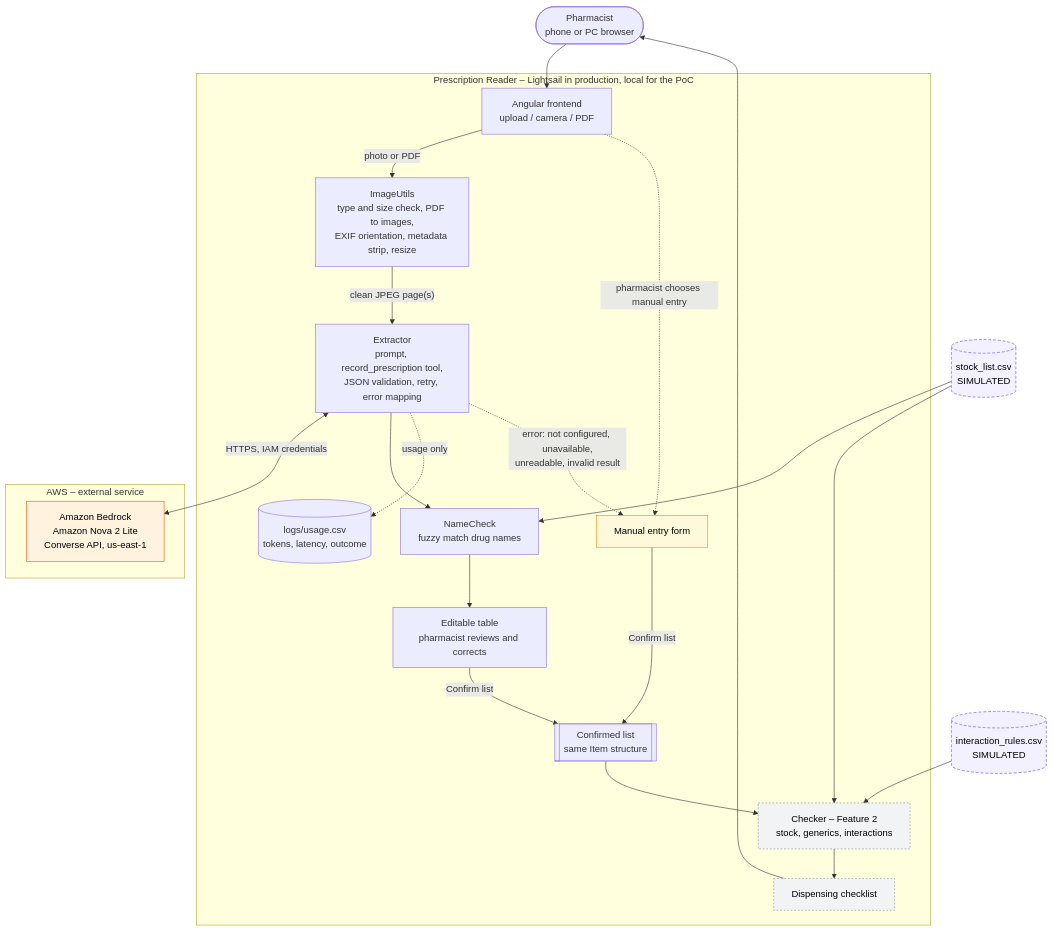
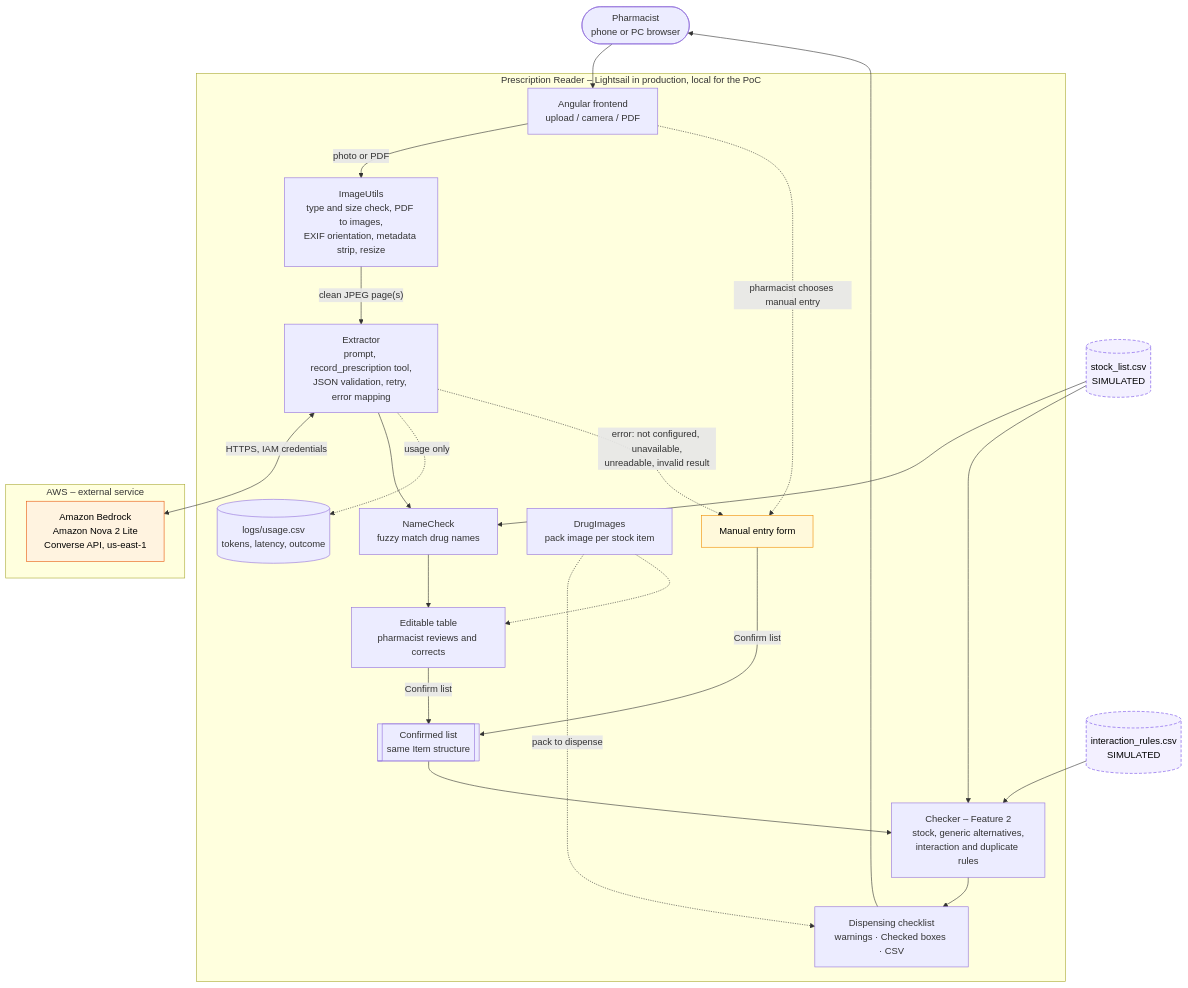
The diagram in docs/architecture.md (dasunprabodha/Pharma-Assist), drawn with Mermaid before and after one commit. The commit also changed other lines of this file and 11 other files, not shown here.

````diff
--- a/docs/architecture.md
+++ b/docs/architecture.md
@@ -17,51 +17,52 @@
 ```mermaid
 flowchart TD
     user(["Pharmacist<br/>phone or PC browser"])
 
     subgraph app["Prescription Reader – Lightsail in production, local for the PoC"]
         ui["Angular frontend<br/>upload / camera / PDF"]
         img["ImageUtils<br/>type and size check, PDF to images,<br/>EXIF orientation, metadata strip, resize"]
         ext["Extractor<br/>prompt, record_prescription tool,<br/>JSON validation, retry, error mapping"]
         names["NameCheck<br/>fuzzy match drug names"]
         table["Editable table<br/>pharmacist reviews and corrects"]
         manual["Manual entry form"]
         confirmed[["Confirmed list<br/>same Item structure"]]
-        checker["Checker – Feature 2<br/>stock, generics, interactions"]
-        checklist["Dispensing checklist"]
+        checker["Checker – Feature 2<br/>stock, generic alternatives,<br/>interaction and duplicate rules"]
+        checklist["Dispensing checklist<br/>warnings · Checked boxes · CSV"]
+        packs["DrugImages<br/>pack image per stock item"]
         logs[("logs/usage.csv<br/>tokens, latency, outcome")]
     end
 
     subgraph aws["AWS – external service"]
         bedrock["Amazon Bedrock<br/>Amazon Nova 2 Lite<br/>Converse API, us-east-1"]
     end
 
     stock[("stock_list.csv<br/>SIMULATED")]
     rules[("interaction_rules.csv<br/>SIMULATED")]
 
     user --> ui
     ui -->|"photo or PDF"| img
     img -->|"clean JPEG page(s)"| ext
     ext <-->|"HTTPS, IAM credentials"| bedrock
     ext --> names
     stock --> names
     names --> table
     ext -.->|"usage only"| logs
     ext -.->|"error: not configured, unavailable,<br/>unreadable, invalid result"| manual
     ui -.->|"pharmacist chooses manual entry"| manual
     table -->|"Confirm list"| confirmed
     manual -->|"Confirm list"| confirmed
     confirmed --> checker
     stock --> checker
     rules --> checker
     checker --> checklist
+    packs -.->|"pack to dispense"| checklist
+    packs -.-> table
     checklist --> user
 
     classDef external fill:#fff3e0,stroke:#e8590c,color:#000
     classDef simulated fill:#f3f0ff,stroke:#7048e8,stroke-dasharray:5 3,color:#000
-    classDef planned fill:#f1f3f5,stroke:#868e96,stroke-dasharray:3 3,color:#000
     classDef fallback fill:#fff9db,stroke:#f08c00,color:#000
     class bedrock external
     class stock,rules simulated
-    class checker,checklist planned
     class manual fallback
 ```
````
